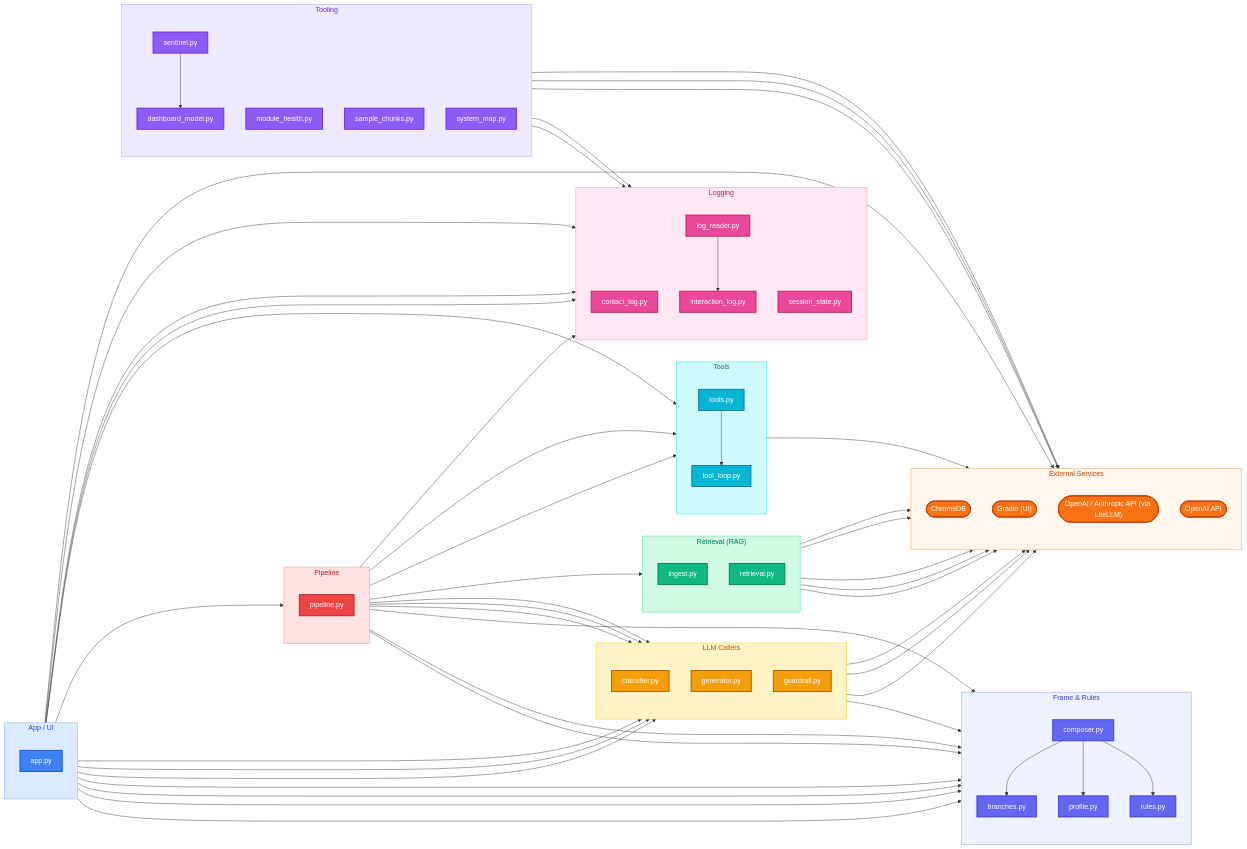
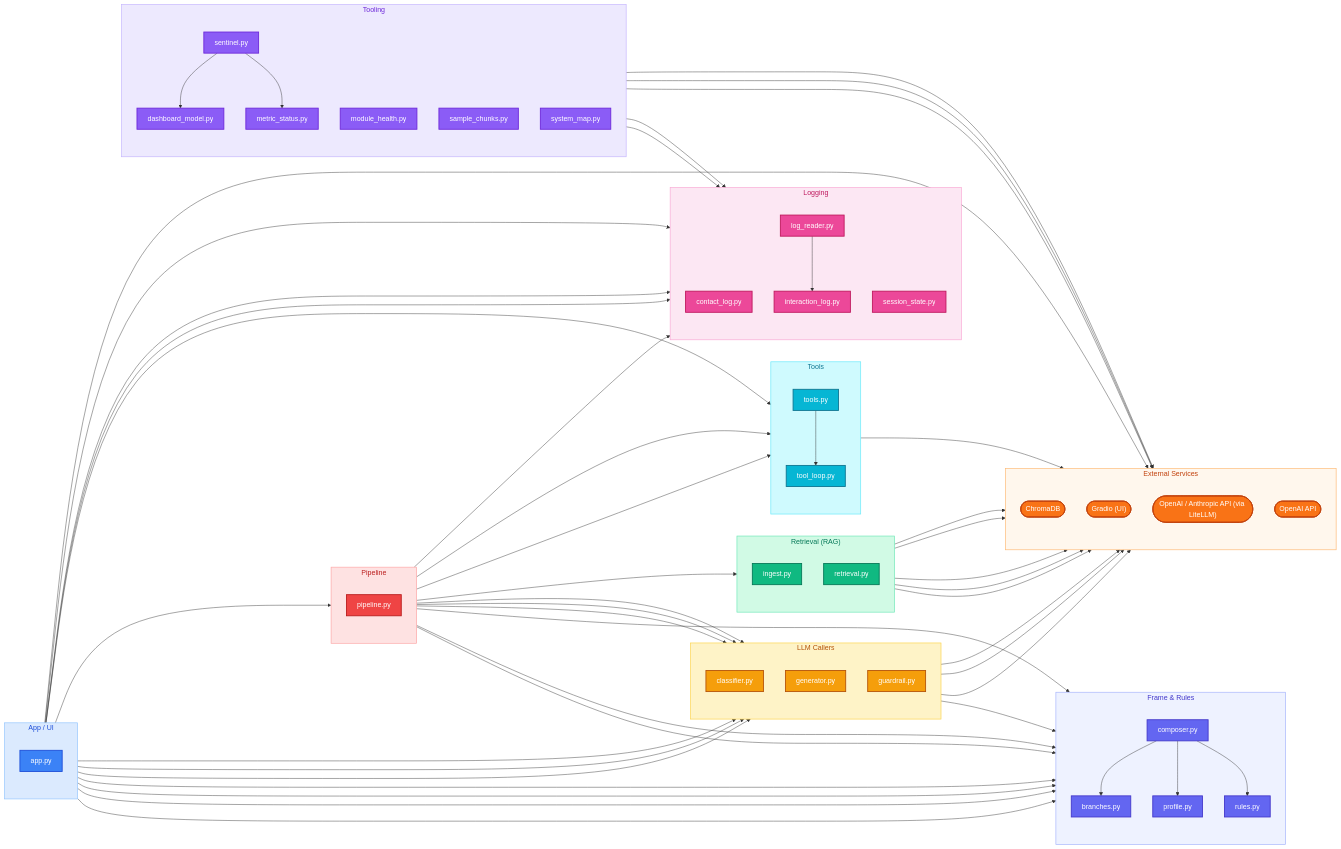
Before and after one commit to AlejandroFuentePinero/digital-twin: the second of 2 diagrams in docs/MAP.md, drawn with Mermaid. The commit also changed other lines of this file and 9 other files, not shown here.

```diff
--- a/docs/MAP.md
+++ b/docs/MAP.md
@@ -137,6 +137,7 @@
   subgraph sg_tooling["Tooling"]
     direction TB
     dashboard_model["dashboard_model.py"]:::tooling
+    metric_status["metric_status.py"]:::tooling
     module_health["module_health.py"]:::tooling
     sample_chunks["sample_chunks.py"]:::tooling
     sentinel["sentinel.py"]:::tooling
@@ -181,6 +182,7 @@
   pipeline --> tools
   sentinel --> dashboard_model
   sentinel --> log_reader
+  sentinel --> metric_status
   tools --> tool_loop
   app --> ext_Gradio__UI_
   classifier --> ext_OpenAI___Anthropic_API__via_LiteLLM_
```
